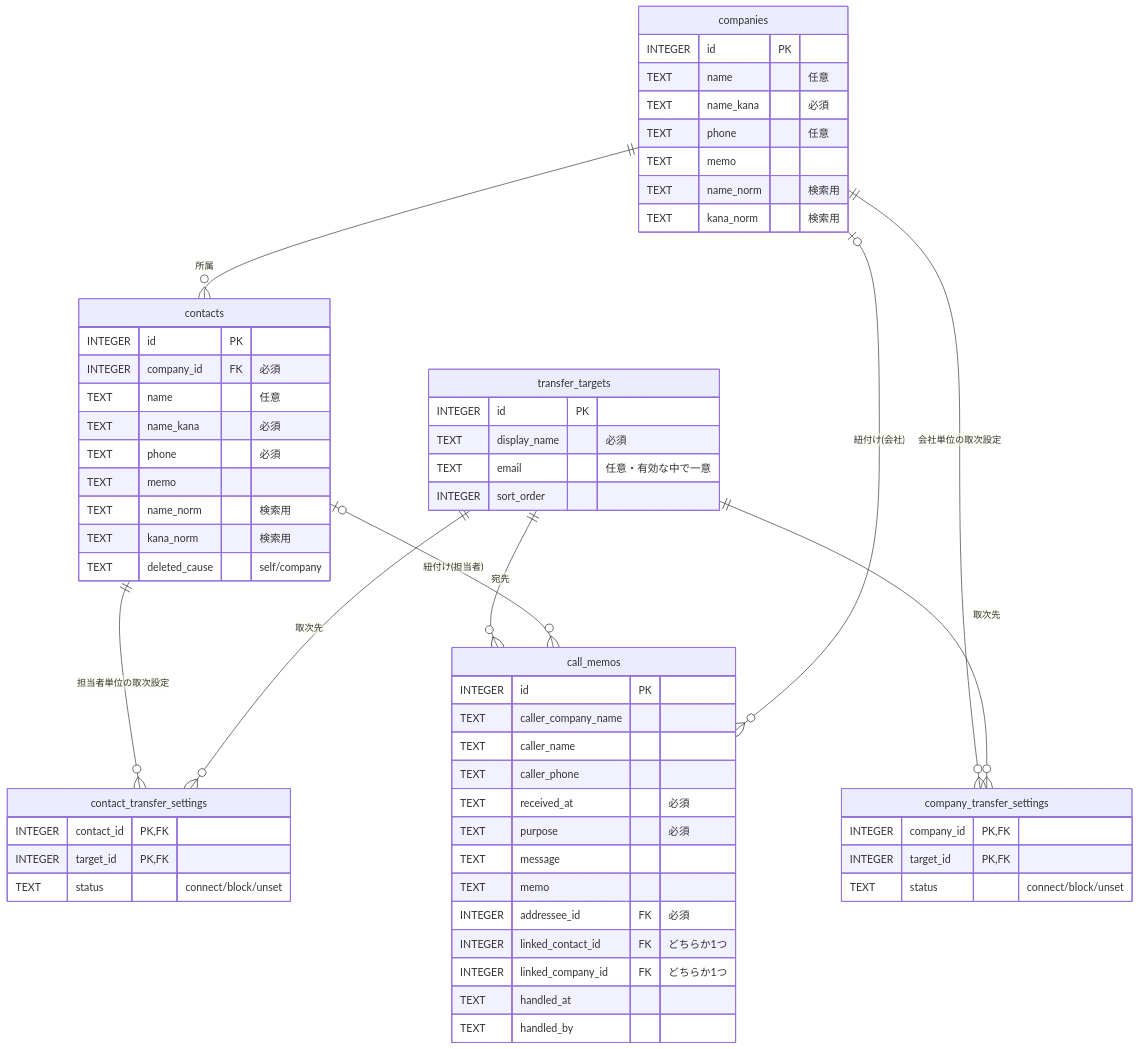
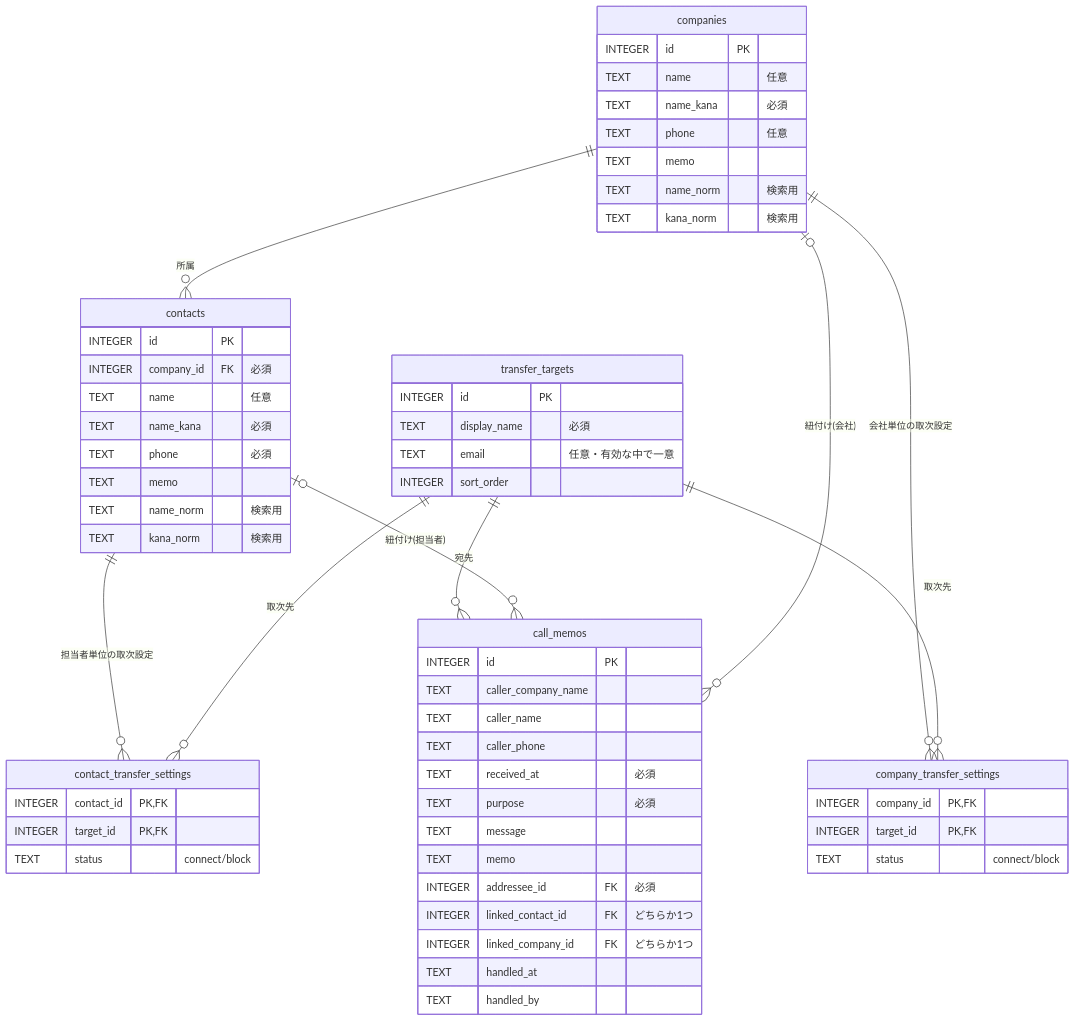
The diagram in docs/db-design-step1.md (inoue-kyosuke/telephone-directory-app), drawn with Mermaid before and after one commit. The commit also changed other lines of this file, not shown here.

````diff
--- a/docs/db-design-step1.md
+++ b/docs/db-design-step1.md
@@ -76,63 +96,62 @@
 ```mermaid
 erDiagram
     companies ||--o{ contacts : "所属"
     companies ||--o{ company_transfer_settings : "会社単位の取次設定"
     contacts  ||--o{ contact_transfer_settings : "担当者単位の取次設定"
     transfer_targets ||--o{ company_transfer_settings : "取次先"
     transfer_targets ||--o{ contact_transfer_settings : "取次先"
     transfer_targets ||--o{ call_memos : "宛先"
     contacts  |o--o{ call_memos : "紐付け(担当者)"
     companies |o--o{ call_memos : "紐付け(会社)"
 
     companies {
         INTEGER id PK
         TEXT name "任意"
         TEXT name_kana "必須"
         TEXT phone "任意"
         TEXT memo
         TEXT name_norm "検索用"
         TEXT kana_norm "検索用"
     }
     contacts {
         INTEGER id PK
         INTEGER company_id FK "必須"
         TEXT name "任意"
         TEXT name_kana "必須"
         TEXT phone "必須"
         TEXT memo
         TEXT name_norm "検索用"
         TEXT kana_norm "検索用"
-        TEXT deleted_cause "self/company"
     }
     transfer_targets {
         INTEGER id PK
         TEXT display_name "必須"
         TEXT email "任意・有効な中で一意"
         INTEGER sort_order
     }
     company_transfer_settings {
         INTEGER company_id PK,FK
         INTEGER target_id PK,FK
-        TEXT status "connect/block/unset"
+        TEXT status "connect/block"
     }
     contact_transfer_settings {
         INTEGER contact_id PK,FK
         INTEGER target_id PK,FK
-        TEXT status "connect/block/unset"
+        TEXT status "connect/block"
     }
     call_memos {
         INTEGER id PK
         TEXT caller_company_name
         TEXT caller_name
         TEXT caller_phone
         TEXT received_at "必須"
         TEXT purpose "必須"
         TEXT message
         TEXT memo
         INTEGER addressee_id FK "必須"
         INTEGER linked_contact_id FK "どちらか1つ"
         INTEGER linked_company_id FK "どちらか1つ"
         TEXT handled_at
         TEXT handled_by
     }
 ```
````
